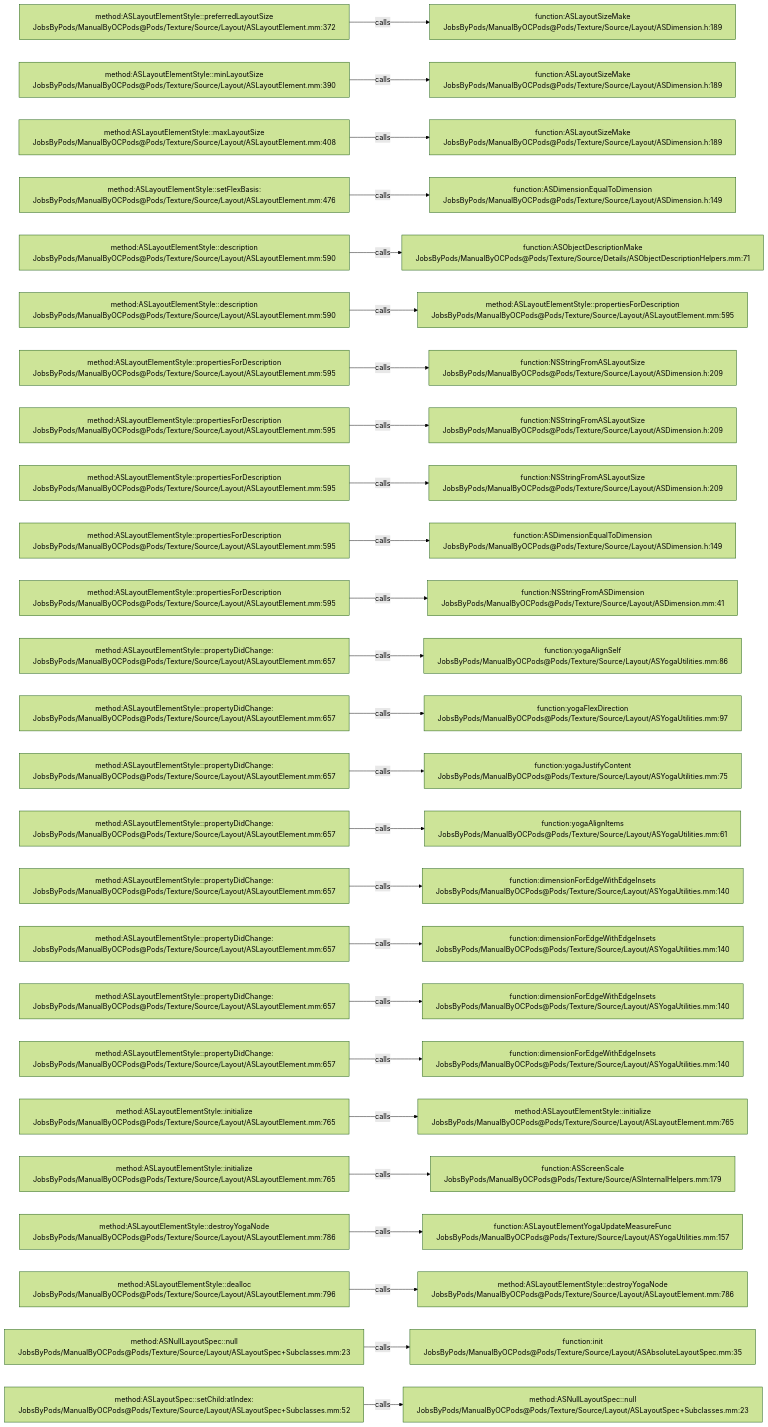
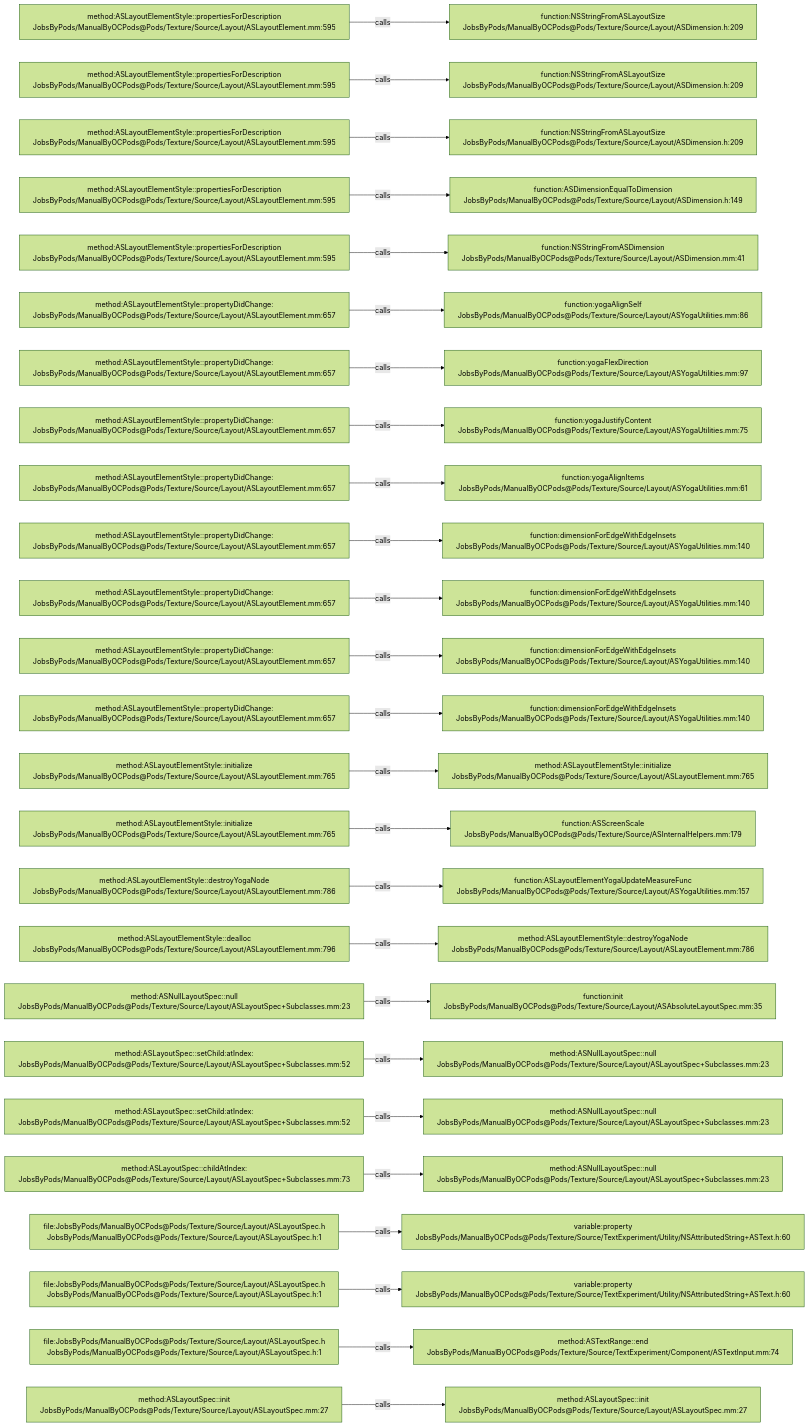
The diagram in .codegraph/codegraph.md/graphs/calls-172.md (JobsKits/JobsOCBaseConfigDemo), drawn with Mermaid (forest theme) before and after one commit. The commit also changed 666 other files, not shown here.

````diff
--- a/.codegraph/codegraph.md/graphs/calls-172.md
+++ b/.codegraph/codegraph.md/graphs/calls-172.md
@@ -13,78 +13,78 @@
 ```mermaid
 flowchart LR
-  S1["method:ASLayoutElementStyle::preferredLayoutSize<br/>JobsByPods/ManualByOCPods@Pods/Texture/Source/Layout/ASLayoutElement.mm:372"]
-  T1["function:ASLayoutSizeMake<br/>JobsByPods/ManualByOCPods@Pods/Texture/Source/Layout/ASDimension.h:189"]
+  S1["method:ASLayoutElementStyle::propertiesForDescription<br/>JobsByPods/ManualByOCPods@Pods/Texture/Source/Layout/ASLayoutElement.mm:595"]
+  T1["function:NSStringFromASLayoutSize<br/>JobsByPods/ManualByOCPods@Pods/Texture/Source/Layout/ASDimension.h:209"]
   S1 -->|calls| T1
-  S2["method:ASLayoutElementStyle::minLayoutSize<br/>JobsByPods/ManualByOCPods@Pods/Texture/Source/Layout/ASLayoutElement.mm:390"]
-  T2["function:ASLayoutSizeMake<br/>JobsByPods/ManualByOCPods@Pods/Texture/Source/Layout/ASDimension.h:189"]
+  S2["method:ASLayoutElementStyle::propertiesForDescription<br/>JobsByPods/ManualByOCPods@Pods/Texture/Source/Layout/ASLayoutElement.mm:595"]
+  T2["function:NSStringFromASLayoutSize<br/>JobsByPods/ManualByOCPods@Pods/Texture/Source/Layout/ASDimension.h:209"]
   S2 -->|calls| T2
-  S3["method:ASLayoutElementStyle::maxLayoutSize<br/>JobsByPods/ManualByOCPods@Pods/Texture/Source/Layout/ASLayoutElement.mm:408"]
-  T3["function:ASLayoutSizeMake<br/>JobsByPods/ManualByOCPods@Pods/Texture/Source/Layout/ASDimension.h:189"]
+  S3["method:ASLayoutElementStyle::propertiesForDescription<br/>JobsByPods/ManualByOCPods@Pods/Texture/Source/Layout/ASLayoutElement.mm:595"]
+  T3["function:NSStringFromASLayoutSize<br/>JobsByPods/ManualByOCPods@Pods/Texture/Source/Layout/ASDimension.h:209"]
   S3 -->|calls| T3
-  S4["method:ASLayoutElementStyle::setFlexBasis:<br/>JobsByPods/ManualByOCPods@Pods/Texture/Source/Layout/ASLayoutElement.mm:476"]
+  S4["method:ASLayoutElementStyle::propertiesForDescription<br/>JobsByPods/ManualByOCPods@Pods/Texture/Source/Layout/ASLayoutElement.mm:595"]
   T4["function:ASDimensionEqualToDimension<br/>JobsByPods/ManualByOCPods@Pods/Texture/Source/Layout/ASDimension.h:149"]
   S4 -->|calls| T4
-  S5["method:ASLayoutElementStyle::description<br/>JobsByPods/ManualByOCPods@Pods/Texture/Source/Layout/ASLayoutElement.mm:590"]
-  T5["function:ASObjectDescriptionMake<br/>JobsByPods/ManualByOCPods@Pods/Texture/Source/Details/ASObjectDescriptionHelpers.mm:71"]
+  S5["method:ASLayoutElementStyle::propertiesForDescription<br/>JobsByPods/ManualByOCPods@Pods/Texture/Source/Layout/ASLayoutElement.mm:595"]
+  T5["function:NSStringFromASDimension<br/>JobsByPods/ManualByOCPods@Pods/Texture/Source/Layout/ASDimension.mm:41"]
   S5 -->|calls| T5
-  S6["method:ASLayoutElementStyle::description<br/>JobsByPods/ManualByOCPods@Pods/Texture/Source/Layout/ASLayoutElement.mm:590"]
-  T6["method:ASLayoutElementStyle::propertiesForDescription<br/>JobsByPods/ManualByOCPods@Pods/Texture/Source/Layout/ASLayoutElement.mm:595"]
+  S6["method:ASLayoutElementStyle::propertyDidChange:<br/>JobsByPods/ManualByOCPods@Pods/Texture/Source/Layout/ASLayoutElement.mm:657"]
+  T6["function:yogaAlignSelf<br/>JobsByPods/ManualByOCPods@Pods/Texture/Source/Layout/ASYogaUtilities.mm:86"]
   S6 -->|calls| T6
-  S7["method:ASLayoutElementStyle::propertiesForDescription<br/>JobsByPods/ManualByOCPods@Pods/Texture/Source/Layout/ASLayoutElement.mm:595"]
-  T7["function:NSStringFromASLayoutSize<br/>JobsByPods/ManualByOCPods@Pods/Texture/Source/Layout/ASDimension.h:209"]
+  S7["method:ASLayoutElementStyle::propertyDidChange:<br/>JobsByPods/ManualByOCPods@Pods/Texture/Source/Layout/ASLayoutElement.mm:657"]
+  T7["function:yogaFlexDirection<br/>JobsByPods/ManualByOCPods@Pods/Texture/Source/Layout/ASYogaUtilities.mm:97"]
   S7 -->|calls| T7
-  S8["method:ASLayoutElementStyle::propertiesForDescription<br/>JobsByPods/ManualByOCPods@Pods/Texture/Source/Layout/ASLayoutElement.mm:595"]
-  T8["function:NSStringFromASLayoutSize<br/>JobsByPods/ManualByOCPods@Pods/Texture/Source/Layout/ASDimension.h:209"]
+  S8["method:ASLayoutElementStyle::propertyDidChange:<br/>JobsByPods/ManualByOCPods@Pods/Texture/Source/Layout/ASLayoutElement.mm:657"]
+  T8["function:yogaJustifyContent<br/>JobsByPods/ManualByOCPods@Pods/Texture/Source/Layout/ASYogaUtilities.mm:75"]
   S8 -->|calls| T8
-  S9["method:ASLayoutElementStyle::propertiesForDescription<br/>JobsByPods/ManualByOCPods@Pods/Texture/Source/Layout/ASLayoutElement.mm:595"]
-  T9["function:NSStringFromASLayoutSize<br/>JobsByPods/ManualByOCPods@Pods/Texture/Source/Layout/ASDimension.h:209"]
+  S9["method:ASLayoutElementStyle::propertyDidChange:<br/>JobsByPods/ManualByOCPods@Pods/Texture/Source/Layout/ASLayoutElement.mm:657"]
+  T9["function:yogaAlignItems<br/>JobsByPods/ManualByOCPods@Pods/Texture/Source/Layout/ASYogaUtilities.mm:61"]
   S9 -->|calls| T9
-  S10["method:ASLayoutElementStyle::propertiesForDescription<br/>JobsByPods/ManualByOCPods@Pods/Texture/Source/Layout/ASLayoutElement.mm:595"]
-  T10["function:ASDimensionEqualToDimension<br/>JobsByPods/ManualByOCPods@Pods/Texture/Source/Layout/ASDimension.h:149"]
+  S10["method:ASLayoutElementStyle::propertyDidChange:<br/>JobsByPods/ManualByOCPods@Pods/Texture/Source/Layout/ASLayoutElement.mm:657"]
+  T10["function:dimensionForEdgeWithEdgeInsets<br/>JobsByPods/ManualByOCPods@Pods/Texture/Source/Layout/ASYogaUtilities.mm:140"]
   S10 -->|calls| T10
-  S11["method:ASLayoutElementStyle::propertiesForDescription<br/>JobsByPods/ManualByOCPods@Pods/Texture/Source/Layout/ASLayoutElement.mm:595"]
-  T11["function:NSStringFromASDimension<br/>JobsByPods/ManualByOCPods@Pods/Texture/Source/Layout/ASDimension.mm:41"]
+  S11["method:ASLayoutElementStyle::propertyDidChange:<br/>JobsByPods/ManualByOCPods@Pods/Texture/Source/Layout/ASLayoutElement.mm:657"]
+  T11["function:dimensionForEdgeWithEdgeInsets<br/>JobsByPods/ManualByOCPods@Pods/Texture/Source/Layout/ASYogaUtilities.mm:140"]
   S11 -->|calls| T11
   S12["method:ASLayoutElementStyle::propertyDidChange:<br/>JobsByPods/ManualByOCPods@Pods/Texture/Source/Layout/ASLayoutElement.mm:657"]
-  T12["function:yogaAlignSelf<br/>JobsByPods/ManualByOCPods@Pods/Texture/Source/Layout/ASYogaUtilities.mm:86"]
+  T12["function:dimensionForEdgeWithEdgeInsets<br/>JobsByPods/ManualByOCPods@Pods/Texture/Source/Layout/ASYogaUtilities.mm:140"]
   S12 -->|calls| T12
   S13["method:ASLayoutElementStyle::propertyDidChange:<br/>JobsByPods/ManualByOCPods@Pods/Texture/Source/Layout/ASLayoutElement.mm:657"]
-  T13["function:yogaFlexDirection<br/>JobsByPods/ManualByOCPods@Pods/Texture/Source/Layout/ASYogaUtilities.mm:97"]
+  T13["function:dimensionForEdgeWithEdgeInsets<br/>JobsByPods/ManualByOCPods@Pods/Texture/Source/Layout/ASYogaUtilities.mm:140"]
   S13 -->|calls| T13
-  S14["method:ASLayoutElementStyle::propertyDidChange:<br/>JobsByPods/ManualByOCPods@Pods/Texture/Source/Layout/ASLayoutElement.mm:657"]
-  T14["function:yogaJustifyContent<br/>JobsByPods/ManualByOCPods@Pods/Texture/Source/Layout/ASYogaUtilities.mm:75"]
+  S14["method:ASLayoutElementStyle::initialize<br/>JobsByPods/ManualByOCPods@Pods/Texture/Source/Layout/ASLayoutElement.mm:765"]
+  T14["method:ASLayoutElementStyle::initialize<br/>JobsByPods/ManualByOCPods@Pods/Texture/Source/Layout/ASLayoutElement.mm:765"]
   S14 -->|calls| T14
-  S15["method:ASLayoutElementStyle::propertyDidChange:<br/>JobsByPods/ManualByOCPods@Pods/Texture/Source/Layout/ASLayoutElement.mm:657"]
-  T15["function:yogaAlignItems<br/>JobsByPods/ManualByOCPods@Pods/Texture/Source/Layout/ASYogaUtilities.mm:61"]
+  S15["method:ASLayoutElementStyle::initialize<br/>JobsByPods/ManualByOCPods@Pods/Texture/Source/Layout/ASLayoutElement.mm:765"]
+  T15["function:ASScreenScale<br/>JobsByPods/ManualByOCPods@Pods/Texture/Source/ASInternalHelpers.mm:179"]
   S15 -->|calls| T15
-  S16["method:ASLayoutElementStyle::propertyDidChange:<br/>JobsByPods/ManualByOCPods@Pods/Texture/Source/Layout/ASLayoutElement.mm:657"]
-  T16["function:dimensionForEdgeWithEdgeInsets<br/>JobsByPods/ManualByOCPods@Pods/Texture/Source/Layout/ASYogaUtilities.mm:140"]
+  S16["method:ASLayoutElementStyle::destroyYogaNode<br/>JobsByPods/ManualByOCPods@Pods/Texture/Source/Layout/ASLayoutElement.mm:786"]
+  T16["function:ASLayoutElementYogaUpdateMeasureFunc<br/>JobsByPods/ManualByOCPods@Pods/Texture/Source/Layout/ASYogaUtilities.mm:157"]
   S16 -->|calls| T16
-  S17["method:ASLayoutElementStyle::propertyDidChange:<br/>JobsByPods/ManualByOCPods@Pods/Texture/Source/Layout/ASLayoutElement.mm:657"]
-  T17["function:dimensionForEdgeWithEdgeInsets<br/>JobsByPods/ManualByOCPods@Pods/Texture/Source/Layout/ASYogaUtilities.mm:140"]
+  S17["method:ASLayoutElementStyle::dealloc<br/>JobsByPods/ManualByOCPods@Pods/Texture/Source/Layout/ASLayoutElement.mm:796"]
+  T17["method:ASLayoutElementStyle::destroyYogaNode<br/>JobsByPods/ManualByOCPods@Pods/Texture/Source/Layout/ASLayoutElement.mm:786"]
   S17 -->|calls| T17
-  S18["method:ASLayoutElementStyle::propertyDidChange:<br/>JobsByPods/ManualByOCPods@Pods/Texture/Source/Layout/ASLayoutElement.mm:657"]
-  T18["function:dimensionForEdgeWithEdgeInsets<br/>JobsByPods/ManualByOCPods@Pods/Texture/Source/Layout/ASYogaUtilities.mm:140"]
+  S18["method:ASNullLayoutSpec::null<br/>JobsByPods/ManualByOCPods@Pods/Texture/Source/Layout/ASLayoutSpec+Subclasses.mm:23"]
+  T18["function:init<br/>JobsByPods/ManualByOCPods@Pods/Texture/Source/Layout/ASAbsoluteLayoutSpec.mm:35"]
   S18 -->|calls| T18
-  S19["method:ASLayoutElementStyle::propertyDidChange:<br/>JobsByPods/ManualByOCPods@Pods/Texture/Source/Layout/ASLayoutElement.mm:657"]
-  T19["function:dimensionForEdgeWithEdgeInsets<br/>JobsByPods/ManualByOCPods@Pods/Texture/Source/Layout/ASYogaUtilities.mm:140"]
+  S19["method:ASLayoutSpec::setChild:atIndex:<br/>JobsByPods/ManualByOCPods@Pods/Texture/Source/Layout/ASLayoutSpec+Subclasses.mm:52"]
+  T19["method:ASNullLayoutSpec::null<br/>JobsByPods/ManualByOCPods@Pods/Texture/Source/Layout/ASLayoutSpec+Subclasses.mm:23"]
   S19 -->|calls| T19
-  S20["method:ASLayoutElementStyle::initialize<br/>JobsByPods/ManualByOCPods@Pods/Texture/Source/Layout/ASLayoutElement.mm:765"]
-  T20["method:ASLayoutElementStyle::initialize<br/>JobsByPods/ManualByOCPods@Pods/Texture/Source/Layout/ASLayoutElement.mm:765"]
+  S20["method:ASLayoutSpec::setChild:atIndex:<br/>JobsByPods/ManualByOCPods@Pods/Texture/Source/Layout/ASLayoutSpec+Subclasses.mm:52"]
+  T20["method:ASNullLayoutSpec::null<br/>JobsByPods/ManualByOCPods@Pods/Texture/Source/Layout/ASLayoutSpec+Subclasses.mm:23"]
   S20 -->|calls| T20
-  S21["method:ASLayoutElementStyle::initialize<br/>JobsByPods/ManualByOCPods@Pods/Texture/Source/Layout/ASLayoutElement.mm:765"]
-  T21["function:ASScreenScale<br/>JobsByPods/ManualByOCPods@Pods/Texture/Source/ASInternalHelpers.mm:179"]
+  S21["method:ASLayoutSpec::childAtIndex:<br/>JobsByPods/ManualByOCPods@Pods/Texture/Source/Layout/ASLayoutSpec+Subclasses.mm:73"]
+  T21["method:ASNullLayoutSpec::null<br/>JobsByPods/ManualByOCPods@Pods/Texture/Source/Layout/ASLayoutSpec+Subclasses.mm:23"]
   S21 -->|calls| T21
-  S22["method:ASLayoutElementStyle::destroyYogaNode<br/>JobsByPods/ManualByOCPods@Pods/Texture/Source/Layout/ASLayoutElement.mm:786"]
-  T22["function:ASLayoutElementYogaUpdateMeasureFunc<br/>JobsByPods/ManualByOCPods@Pods/Texture/Source/Layout/ASYogaUtilities.mm:157"]
+  S22["file:JobsByPods/ManualByOCPods@Pods/Texture/Source/Layout/ASLayoutSpec.h<br/>JobsByPods/ManualByOCPods@Pods/Texture/Source/Layout/ASLayoutSpec.h:1"]
+  T22["variable:property<br/>JobsByPods/ManualByOCPods@Pods/Texture/Source/TextExperiment/Utility/NSAttributedString+ASText.h:60"]
   S22 -->|calls| T22
-  S23["method:ASLayoutElementStyle::dealloc<br/>JobsByPods/ManualByOCPods@Pods/Texture/Source/Layout/ASLayoutElement.mm:796"]
-  T23["method:ASLayoutElementStyle::destroyYogaNode<br/>JobsByPods/ManualByOCPods@Pods/Texture/Source/Layout/ASLayoutElement.mm:786"]
+  S23["file:JobsByPods/ManualByOCPods@Pods/Texture/Source/Layout/ASLayoutSpec.h<br/>JobsByPods/ManualByOCPods@Pods/Texture/Source/Layout/ASLayoutSpec.h:1"]
+  T23["variable:property<br/>JobsByPods/ManualByOCPods@Pods/Texture/Source/TextExperiment/Utility/NSAttributedString+ASText.h:60"]
   S23 -->|calls| T23
-  S24["method:ASNullLayoutSpec::null<br/>JobsByPods/ManualByOCPods@Pods/Texture/Source/Layout/ASLayoutSpec+Subclasses.mm:23"]
-  T24["function:init<br/>JobsByPods/ManualByOCPods@Pods/Texture/Source/Layout/ASAbsoluteLayoutSpec.mm:35"]
+  S24["file:JobsByPods/ManualByOCPods@Pods/Texture/Source/Layout/ASLayoutSpec.h<br/>JobsByPods/ManualByOCPods@Pods/Texture/Source/Layout/ASLayoutSpec.h:1"]
+  T24["method:ASTextRange::end<br/>JobsByPods/ManualByOCPods@Pods/Texture/Source/TextExperiment/Component/ASTextInput.mm:74"]
   S24 -->|calls| T24
-  S25["method:ASLayoutSpec::setChild:atIndex:<br/>JobsByPods/ManualByOCPods@Pods/Texture/Source/Layout/ASLayoutSpec+Subclasses.mm:52"]
-  T25["method:ASNullLayoutSpec::null<br/>JobsByPods/ManualByOCPods@Pods/Texture/Source/Layout/ASLayoutSpec+Subclasses.mm:23"]
+  S25["method:ASLayoutSpec::init<br/>JobsByPods/ManualByOCPods@Pods/Texture/Source/Layout/ASLayoutSpec.mm:27"]
+  T25["method:ASLayoutSpec::init<br/>JobsByPods/ManualByOCPods@Pods/Texture/Source/Layout/ASLayoutSpec.mm:27"]
   S25 -->|calls| T25
 ```
````
